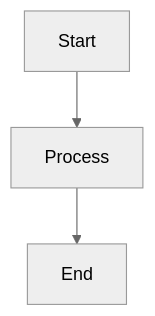
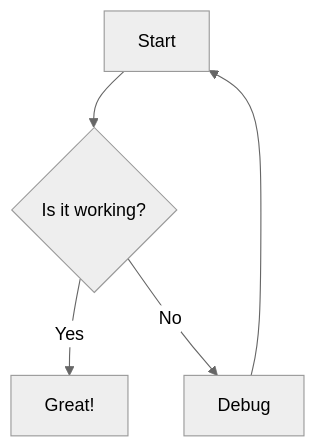
One commit to Agentic-Insights/dotcontext changed the diagram in .context/diagrams/test.mmd. Above: the diagram before and after it, drawn with Mermaid (neutral theme). The commit also changed 2 other files, not shown here.

```diff
--- a/.context/diagrams/test.mmd
+++ b/.context/diagrams/test.mmd
@@ -1,3 +1,5 @@
 graph TD
-    A[Start] --> B[Process]
-    B --> C[End]
+    A[Start] --> B{Is it working?}
+    B -->|Yes| C[Great!]
+    B -->|No| D[Debug]
+    D --> A
```
